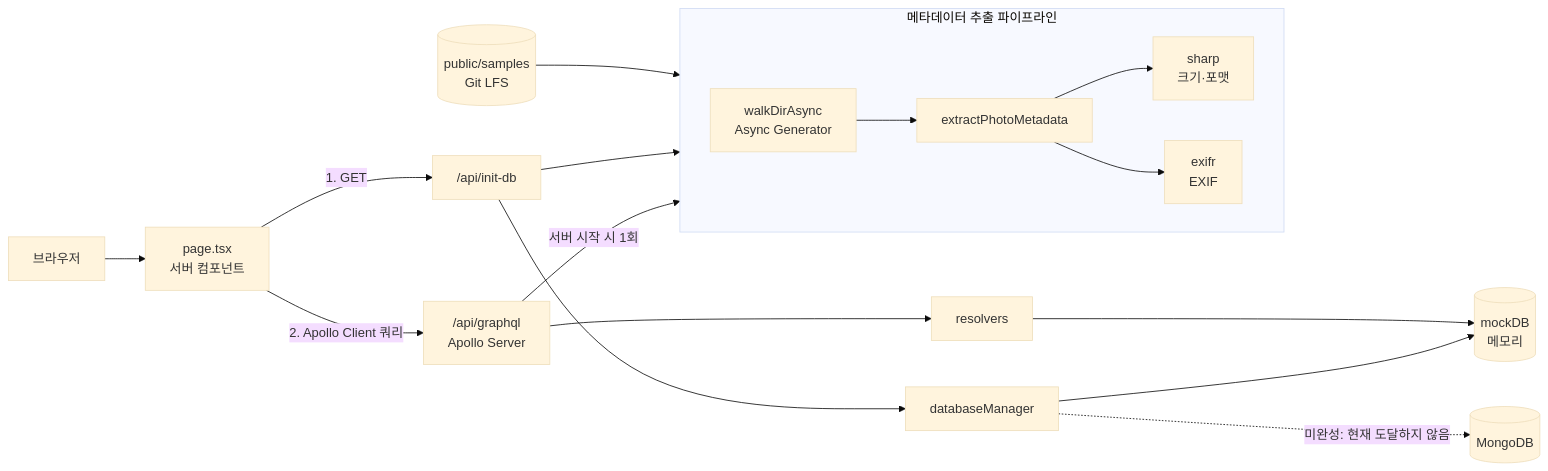
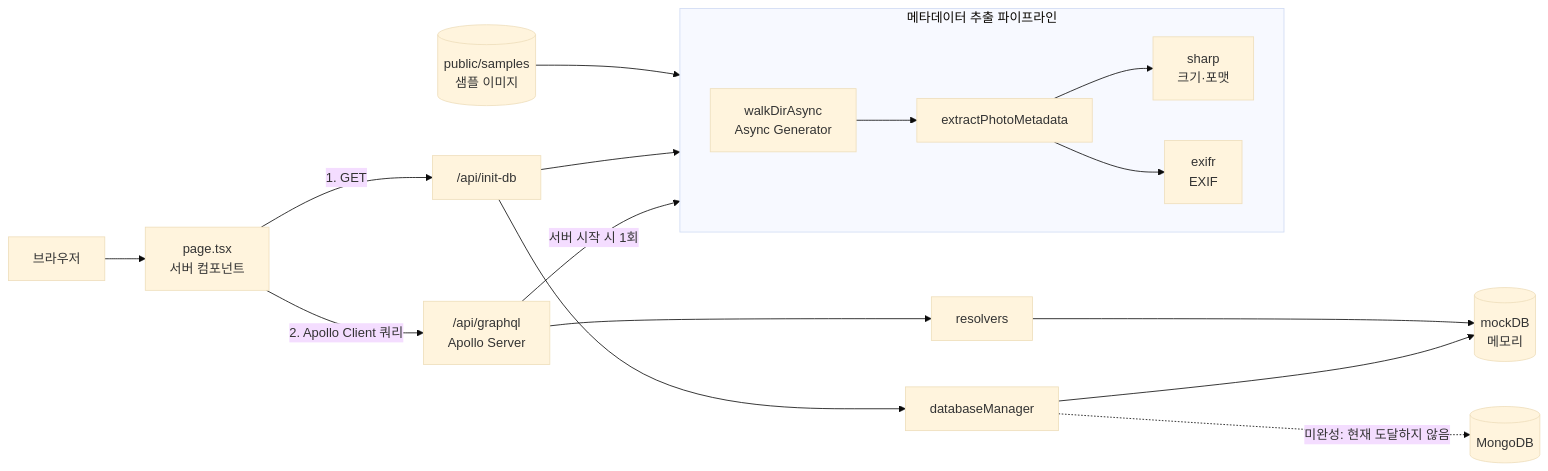
One commit to loquemedalagana/image-insight changed the diagram in README.md. Above: the diagram before and after it, drawn with Mermaid (base theme). The commit also changed other lines of this file and 9 other files, not shown here.

Commit message:
- store sample images as regular files instead of git lfs

````diff
--- a/README.md
+++ b/README.md
@@ -79,22 +78,22 @@
 ```mermaid
 flowchart LR
     B[브라우저] --> P["page.tsx<br/>서버 컴포넌트"]
     P -->|"1. GET"| I["/api/init-db"]
     P -->|"2. Apollo Client 쿼리"| G["/api/graphql<br/>Apollo Server"]
     G --> R[resolvers]
     R --> M[("mockDB<br/>메모리")]
     I --> DM[databaseManager]
     DM --> M
     DM -.->|"미완성: 현재 도달하지 않음"| MG[("MongoDB")]
 
     subgraph EX["메타데이터 추출 파이프라인"]
         direction LR
         W["walkDirAsync<br/>Async Generator"] --> E[extractPhotoMetadata]
         E --> S["sharp<br/>크기·포맷"]
         E --> X["exifr<br/>EXIF"]
     end
 
     I --> EX
     G -->|"서버 시작 시 1회"| EX
-    F[("public/samples<br/>Git LFS")] --> W
+    F[("public/samples<br/>샘플 이미지")] --> W
 ```
````
